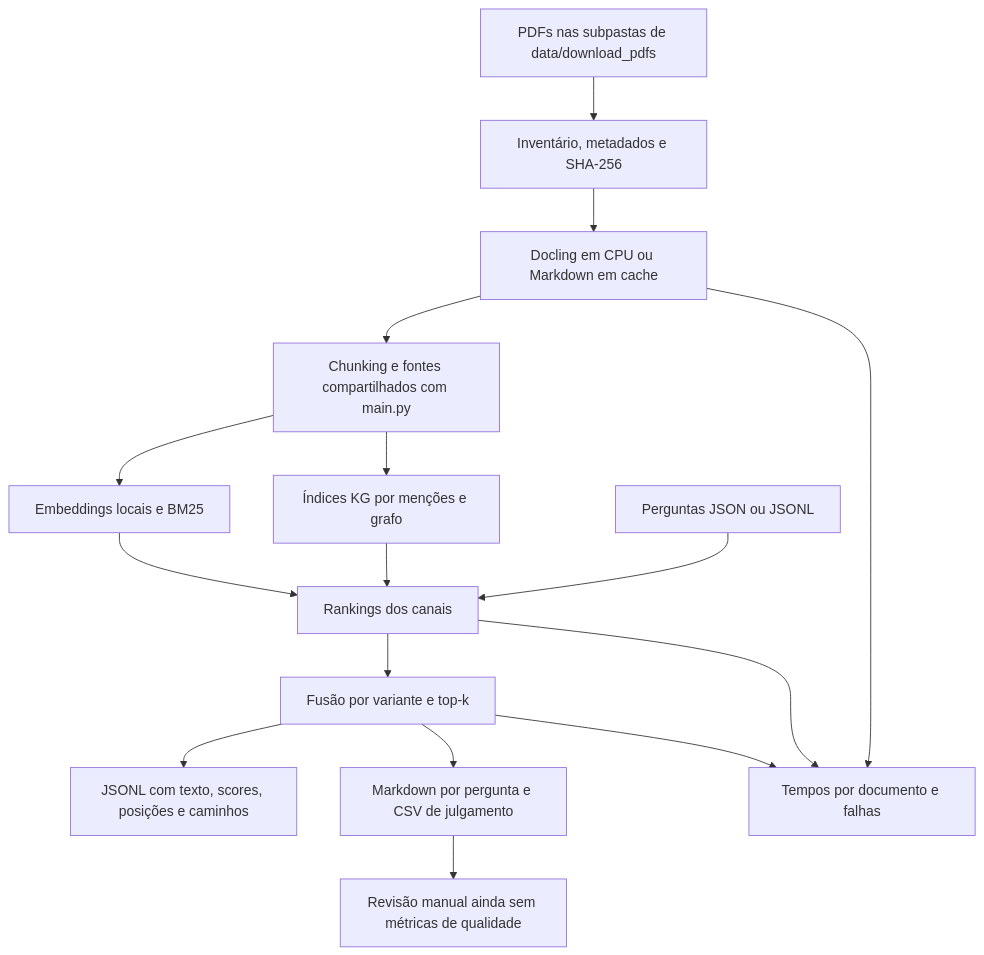
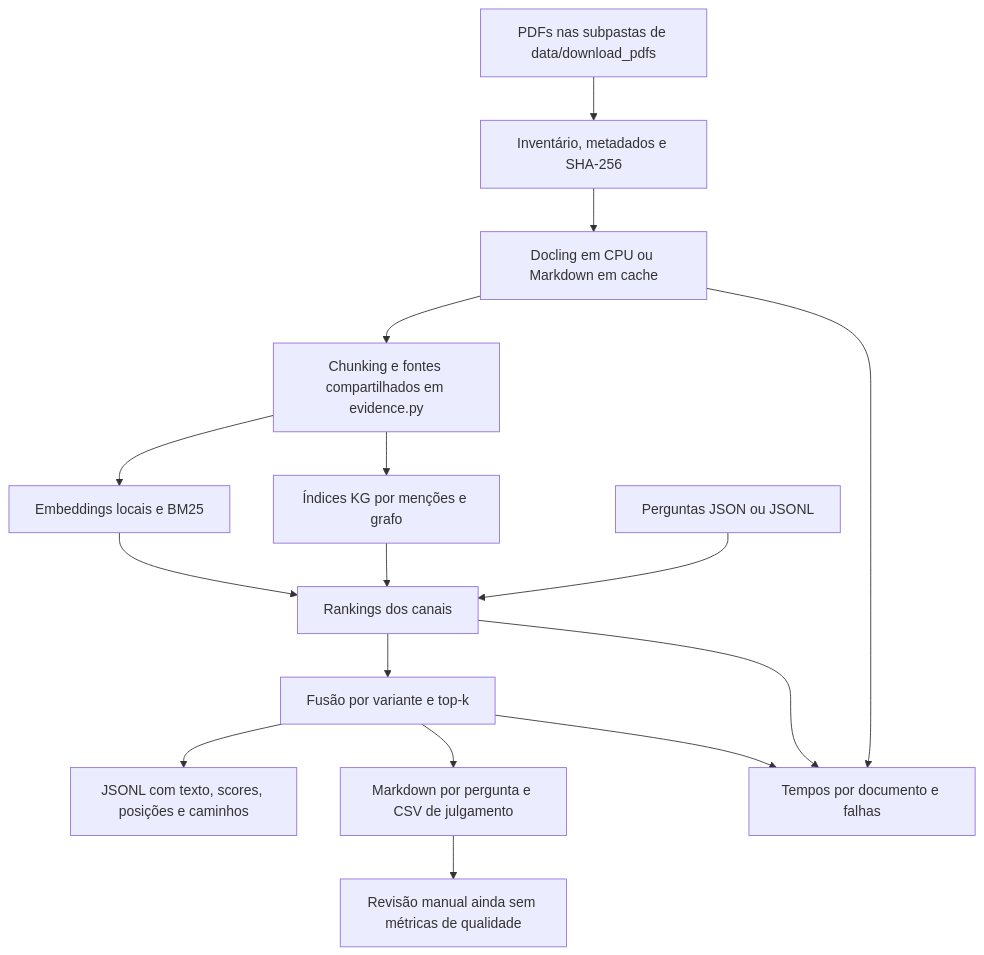
The diagram in docs/implementations/local-retrieval-review.md (ArthurTRamos/IEEE-Challenge), drawn with Mermaid before and after one commit. The commit also changed other lines of this file and 66 other files, not shown here.

````diff
--- a/docs/implementations/local-retrieval-review.md
+++ b/docs/implementations/local-retrieval-review.md
@@ -11,18 +11,18 @@
 ```mermaid
 flowchart TD
     P[PDFs nas subpastas de data/download_pdfs] --> M[Inventário, metadados e SHA-256]
     M --> E[Docling em CPU ou Markdown em cache]
-    E --> C[Chunking e fontes compartilhados com main.py]
+    E --> C[Chunking e fontes compartilhados em evidence.py]
     C --> D[Embeddings locais e BM25]
     C --> G[Índices KG por menções e grafo]
     Q[Perguntas JSON ou JSONL] --> R[Rankings dos canais]
     D --> R
     G --> R
     R --> F[Fusão por variante e top-k]
     F --> J[JSONL com texto, scores, posições e caminhos]
     F --> V[Markdown por pergunta e CSV de julgamento]
     V --> H[Revisão manual ainda sem métricas de qualidade]
     E --> T[Tempos por documento e falhas]
     R --> T
     F --> T
 ```
````
